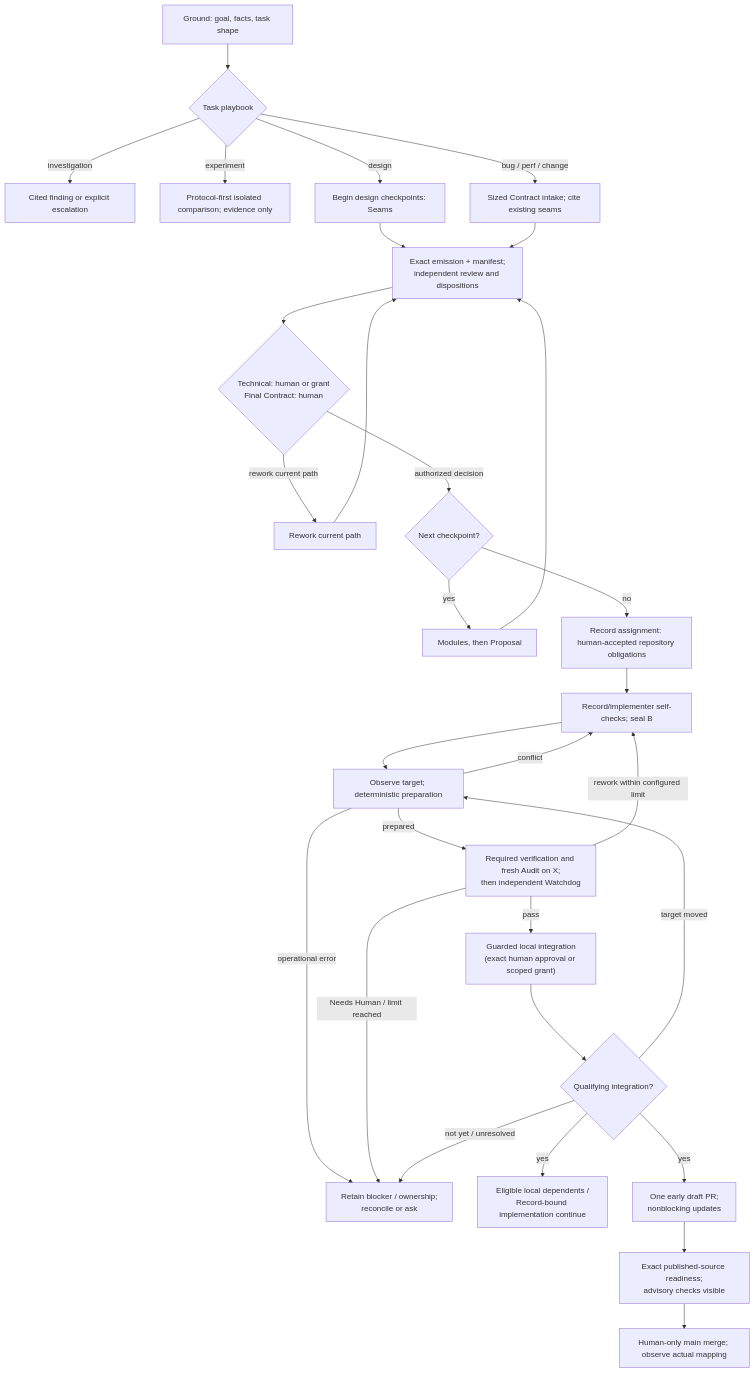
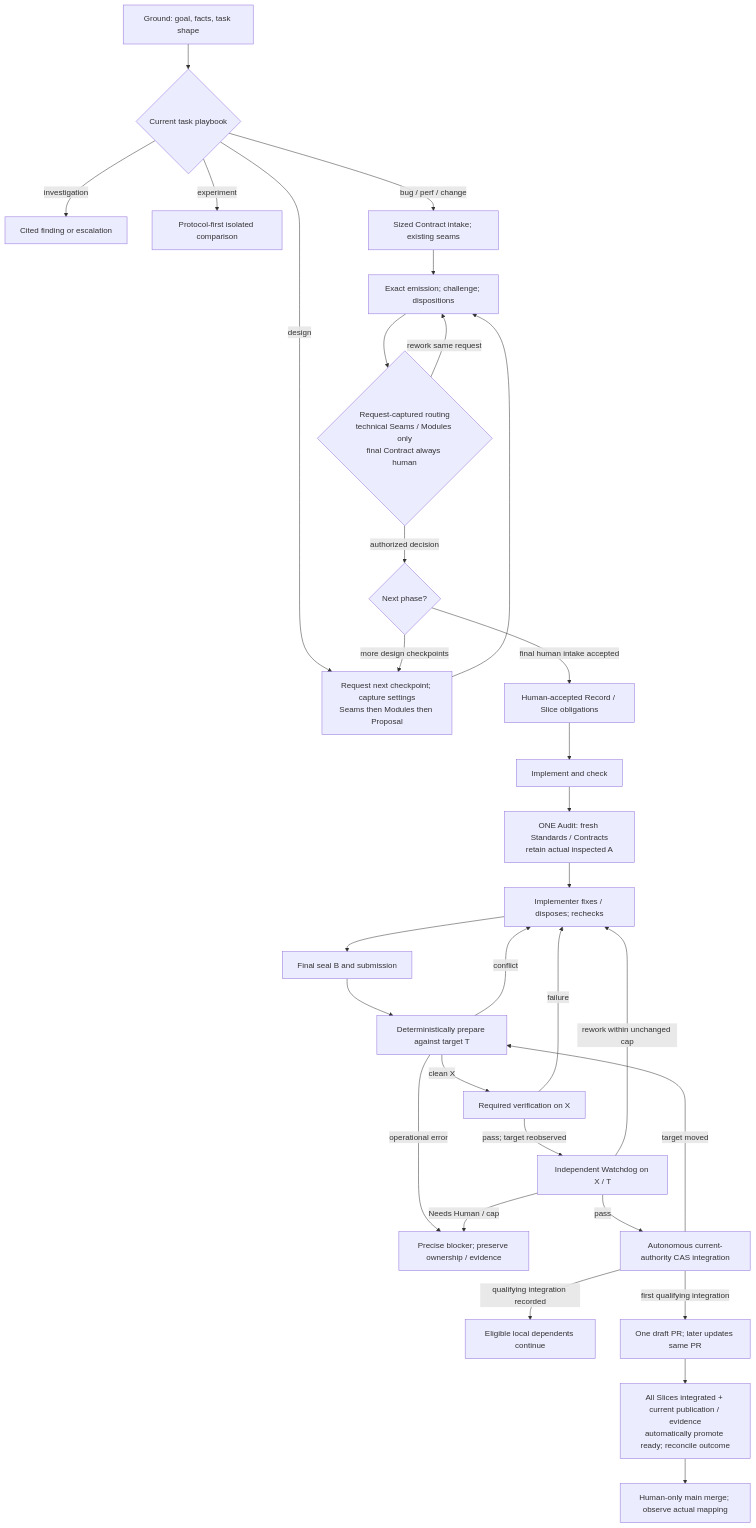
The first of 13 diagrams in docs/spec.md (vicrdguez/render), drawn with Mermaid before and after one commit. The commit also changed other lines of this file and 1 other file, not shown here.

````diff
--- a/docs/spec.md
+++ b/docs/spec.md
@@ -16,32 +16,33 @@
 ```mermaid
 flowchart TD
-    G["Ground: goal, facts, task shape"] --> P{"Task playbook"}
-    P -->|"investigation"| F["Cited finding or explicit escalation"]
-    P -->|"experiment"| E["Protocol-first isolated comparison; evidence only"]
-    P -->|"bug / perf / change"| S["Sized Contract intake; cite existing seams"]
-    P -->|"design"| D["Begin design checkpoints: Seams"]
-    D --> C["Exact emission + manifest;<br/>independent review and dispositions"]
-    C --> A{"Technical: human or grant<br/>Final Contract: human"}
-    A -->|"rework current path"| B["Rework current path"]
-    B --> C
-    A -->|"authorized decision"| Q{"Next checkpoint?"}
-    Q -->|"yes"| D2["Modules, then Proposal"]
-    D2 --> C
-    Q -->|"no"| R["Record assignment: human-accepted repository obligations"]
+    G["Ground: goal, facts, task shape"] --> P{"Current task playbook"}
+    P -->|"investigation"| F["Cited finding or escalation"]
+    P -->|"experiment"| E["Protocol-first isolated comparison"]
+    P -->|"bug / perf / change"| S["Sized Contract intake; existing seams"]
+    P -->|"design"| D["Request next checkpoint; capture settings<br/>Seams then Modules then Proposal"]
+    D --> C["Exact emission; challenge; dispositions"]
     S --> C
-    R --> I["Record/implementer self-checks; seal B"]
-    I --> T["Observe target; deterministic preparation"]
-    T -->|"conflict"| I
-    T -->|"operational error"| H["Retain blocker / ownership;<br/>reconcile or ask"]
-    T -->|"prepared"| V["Required verification and fresh Audit on X;<br/>then independent Watchdog"]
-    V -->|"rework within configured limit"| I
-    V -->|"Needs Human / limit reached"| H
-    V -->|"pass"| L["Guarded local integration<br/>(exact human approval or scoped grant)"]
-    L --> J{"Qualifying integration?"}
-    J -->|"target moved"| T
-    J -->|"not yet / unresolved"| H
-    J -->|"yes"| N["Eligible local dependents /<br/>Record-bound implementation continue"]
-    J -->|"yes"| U["One early draft PR;<br/>nonblocking updates"]
-    U --> M["Exact published-source readiness;<br/>advisory checks visible"]
-    M --> HM["Human-only main merge; observe actual mapping"]
+    C --> A{"Request-captured routing<br/>technical Seams / Modules only<br/>final Contract always human"}
+    A -->|"rework same request"| C
+    A -->|"authorized decision"| Q{"Next phase?"}
+    Q -->|"more design checkpoints"| D
+    Q -->|"final human intake accepted"| R["Human-accepted Record / Slice obligations"]
+    R --> I["Implement and check"]
+    I --> AU["ONE Audit: fresh Standards / Contracts<br/>retain actual inspected A"]
+    AU --> FX["Implementer fixes / disposes; rechecks"]
+    FX --> B["Final seal B and submission"]
+    B --> T["Deterministically prepare against target T"]
+    T -->|"conflict"| FX
+    T -->|"operational error"| H["Precise blocker; preserve ownership / evidence"]
+    T -->|"clean X"| V["Required verification on X"]
+    V -->|"failure"| FX
+    V -->|"pass; target reobserved"| W["Independent Watchdog on X / T"]
+    W -->|"rework within unchanged cap"| FX
+    W -->|"Needs Human / cap"| H
+    W -->|"pass"| L["Autonomous current-authority CAS integration"]
+    L -->|"target moved"| T
+    L -->|"qualifying integration recorded"| N["Eligible local dependents continue"]
+    L -->|"first qualifying integration"| PR["One draft PR; later updates same PR"]
+    PR --> READY["All Slices integrated + current publication / evidence<br/>automatically promote ready; reconcile outcome"]
+    READY --> HM["Human-only main merge; observe actual mapping"]
 ```
````
